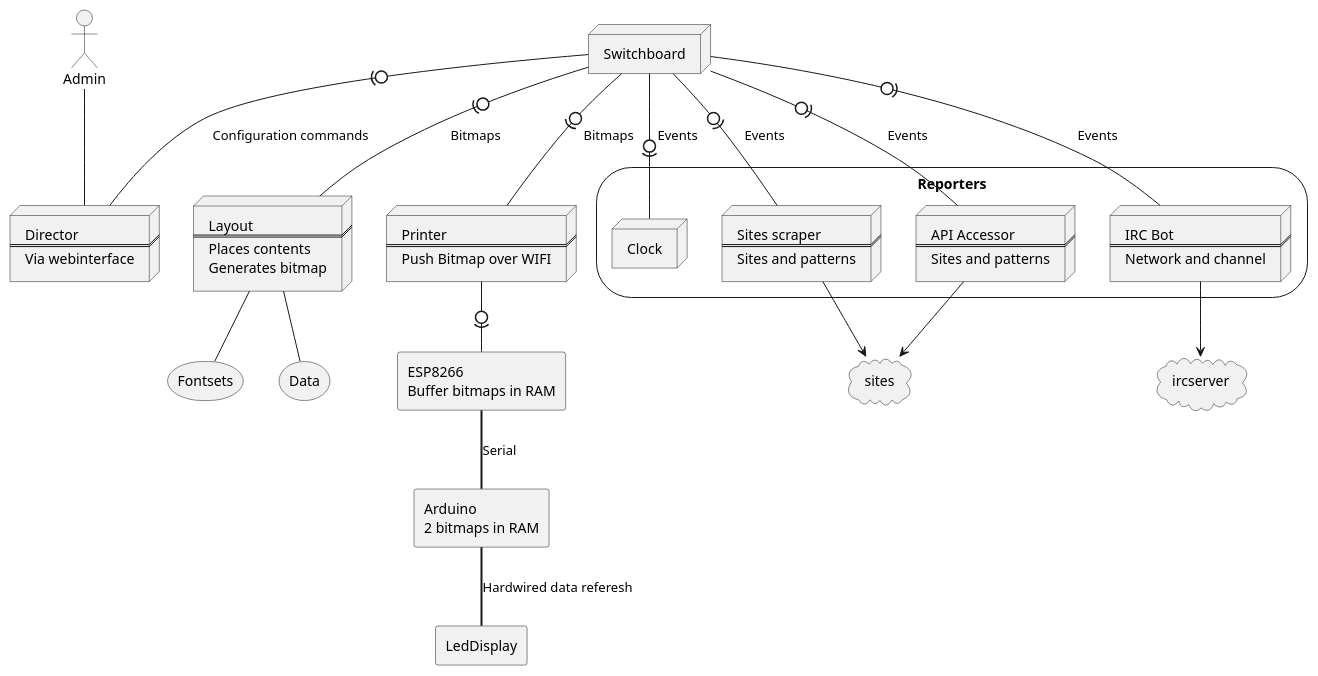
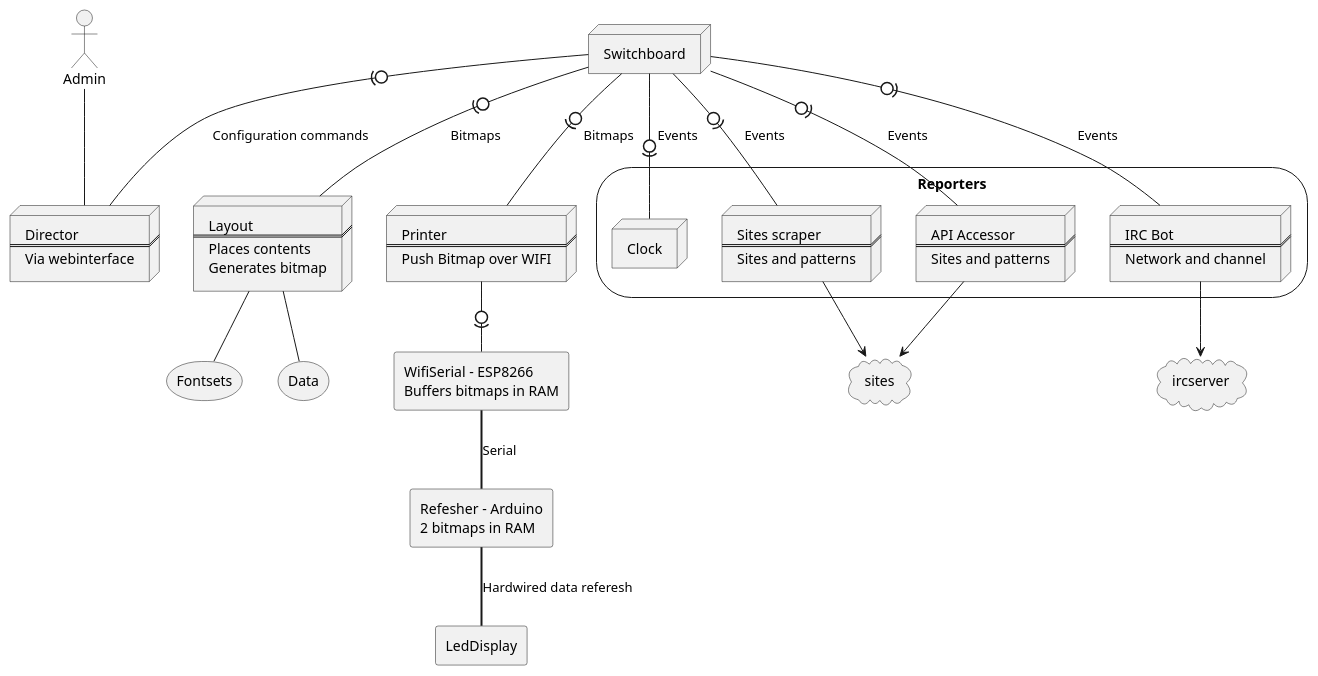
Before and after one commit to chotee/ledslie-old: the diagram in docs/deployment.pu, drawn with PlantUML. The commit also changed 2 other files, not shown here.

```diff
--- a/docs/deployment.pu
+++ b/docs/deployment.pu
@@ -1,67 +1,67 @@
 @startuml
 actor Admin
 agent Esp8266 [
-ESP8266
-Buffer bitmaps in RAM
+WifiSerial - ESP8266
+Buffers bitmaps in RAM
 ]
-agent Arduino [
-Arduino
+agent Refesher [
+Refesher - Arduino
 2 bitmaps in RAM
 ]
 agent LedDisplay
 node Director[
 Director
 ===
 Via webinterface
 ]
 node Switchboard
 storage Reporters {
 node Clock
 node Webscraper [
 Sites scraper
 ===
 Sites and patterns
 ]
 node APIAccessor [
 API Accessor
 ===
 Sites and patterns
 ]
 node IRCBot [
 IRC Bot
 ===
 Network and channel
 ]
 }
 node Layout [
 Layout
 ===
 Places contents
 Generates bitmap
 ]
 storage Fontsets
 storage Data
 node Printer [
 Printer
 ===
 Push Bitmap over WIFI
 ]
 Admin -- Director
 cloud sites
 cloud ircserver
 Layout -- Data
 Layout -- Fontsets
 Switchboard -0)- Director : Configuration commands
 Switchboard -0)- Printer : Bitmaps
 Switchboard -0)- IRCBot : Events
 Switchboard -0)- Webscraper : Events
 Switchboard -0)- APIAccessor : Events
 Switchboard -0)- Clock : Events
 Switchboard -0)-  Layout : Bitmaps
 Printer -0)- Esp8266
 Webscraper --> sites
 APIAccessor --> sites
 IRCBot --> ircserver
-Esp8266 == Arduino: Serial
-Arduino == LedDisplay: Hardwired data referesh
+Esp8266 == Refesher: Serial
+Refesher == LedDisplay: Hardwired data referesh
 @enduml
```
